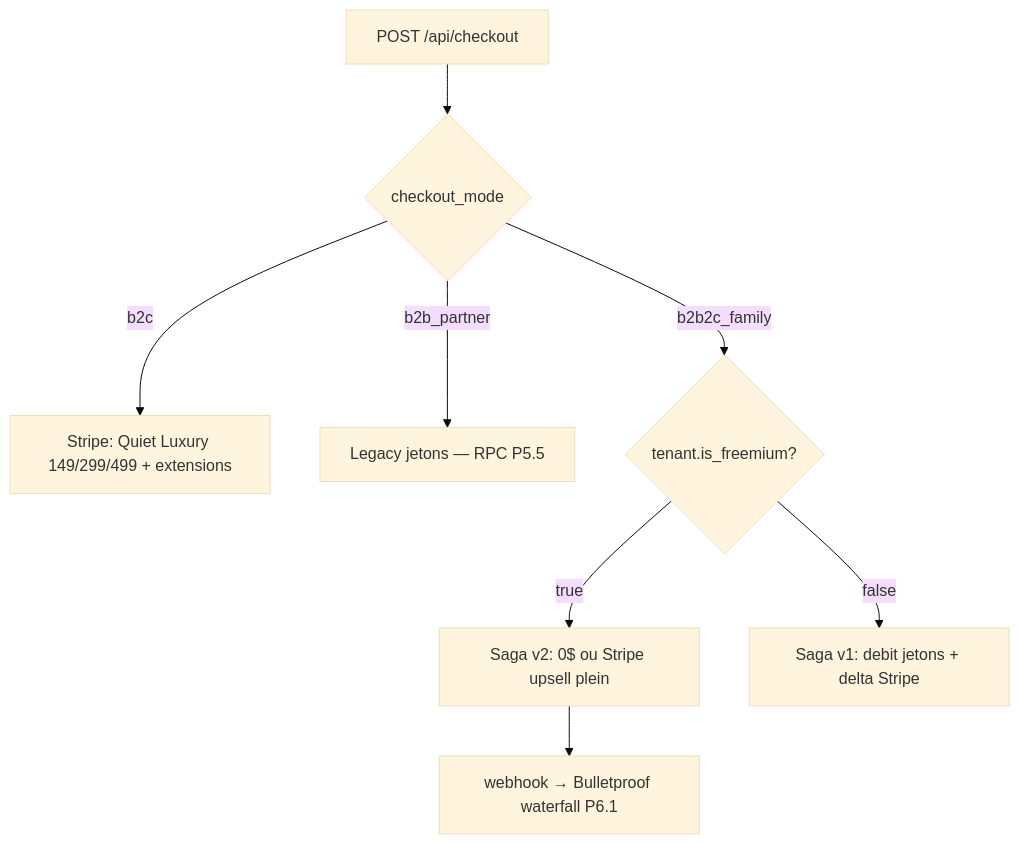
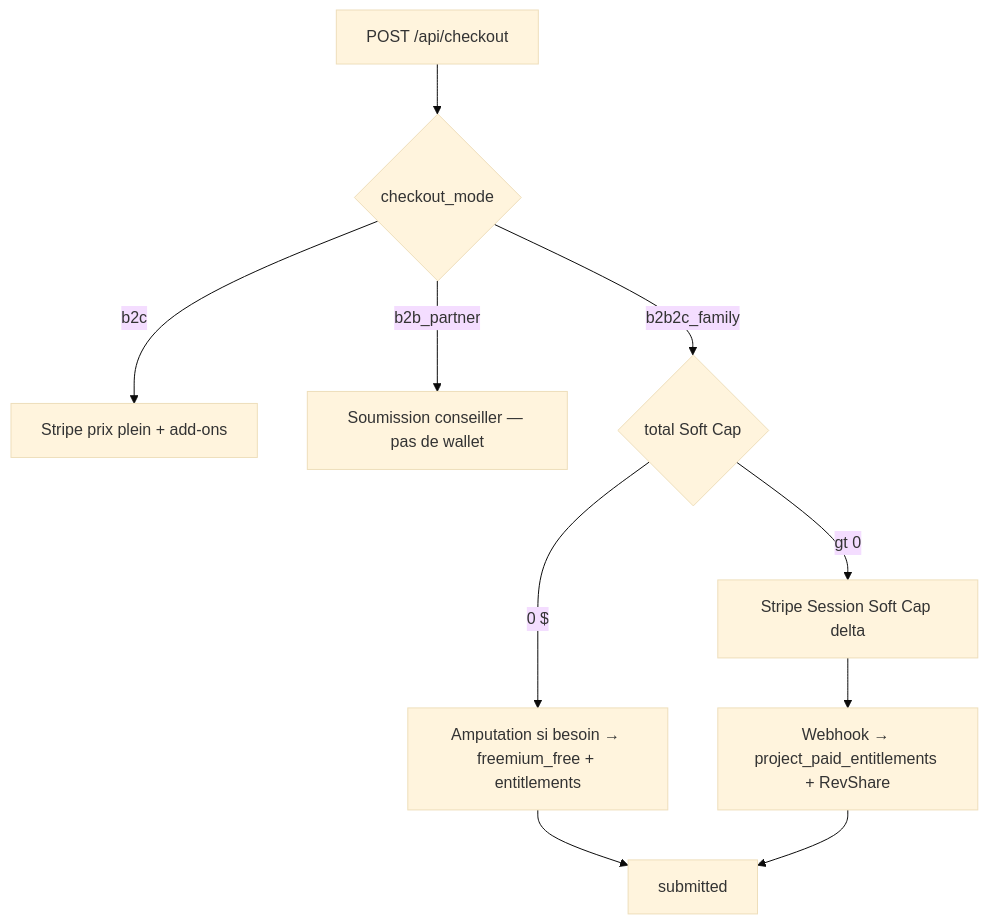
The second of 2 diagrams in docs/WIZARD_ARCHITECTURE.md (Lyra-OD/odyssey-web), drawn with Mermaid (base theme) before and after one commit. The commit also changed other lines of this file and 14 other files, not shown here.

````diff
--- a/docs/WIZARD_ARCHITECTURE.md
+++ b/docs/WIZARD_ARCHITECTURE.md
@@ -471,10 +352,12 @@
 ```mermaid
 flowchart TD
   A[POST /api/checkout] --> B{checkout_mode}
-  B -->|b2c| C[Stripe: Quiet Luxury 149/299/499 + extensions]
-  B -->|b2b_partner| D[Legacy jetons — RPC P5.5]
-  B -->|b2b2c_family| E{tenant.is_freemium?}
-  E -->|true| F[Saga v2: 0$ ou Stripe upsell plein]
-  F --> F1[webhook → Bulletproof waterfall P6.1]
-  E -->|false| G[Saga v1: debit jetons + delta Stripe]
+  B -->|b2c| C[Stripe prix plein + add-ons]
+  B -->|b2b_partner| D[Soumission conseiller — pas de wallet]
+  B -->|b2b2c_family| E{total Soft Cap}
+  E -->|0 $| F[Amputation si besoin → freemium_free + entitlements]
+  E -->|gt 0| G[Stripe Session Soft Cap delta]
+  G --> H[Webhook → project_paid_entitlements + RevShare]
+  F --> I[submitted]
+  H --> I
 ```
````
